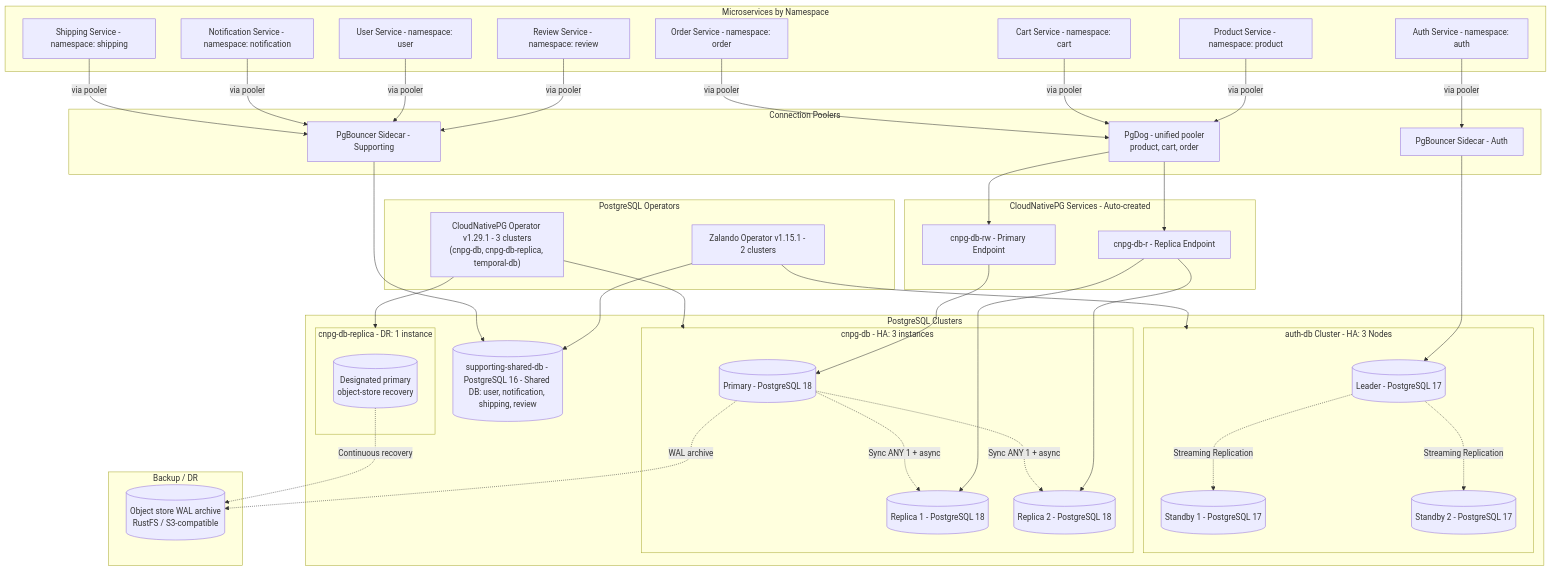
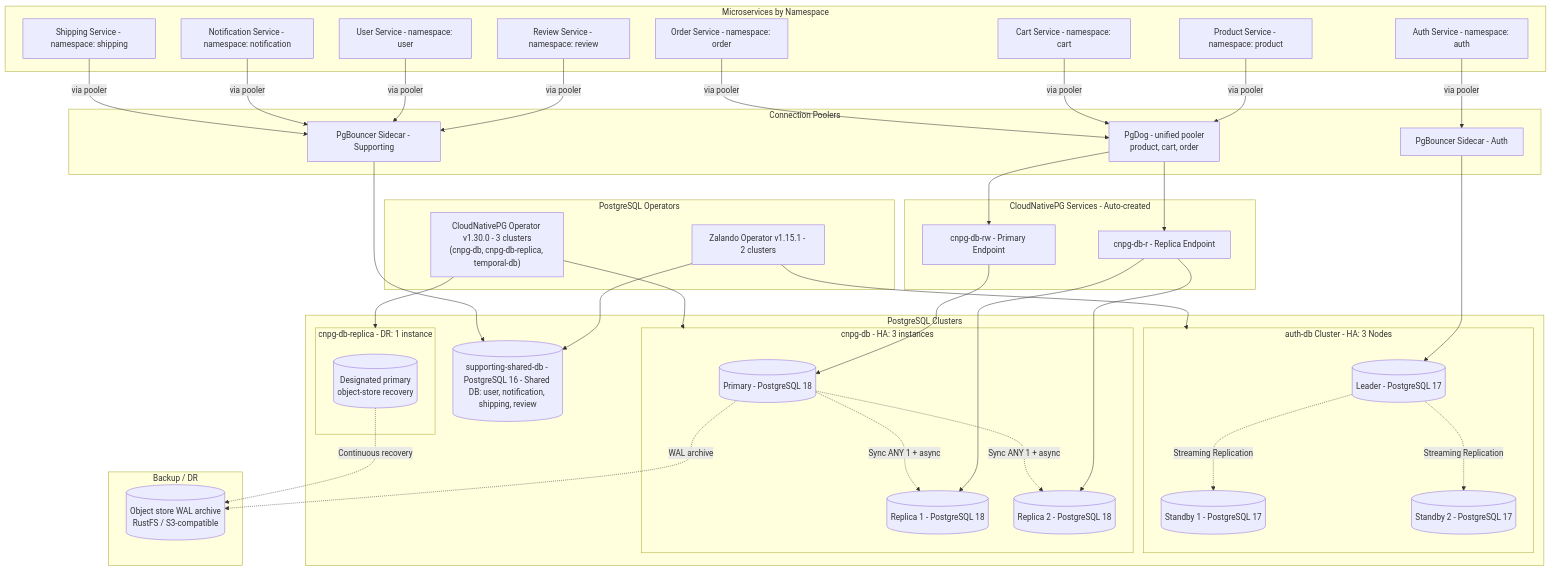
The first of 3 diagrams in docs/databases/002-database-integration.md (duynhlab/homelab), drawn with Mermaid before and after one commit. The commit also changed other lines of this file and 8 other files, not shown here.

First line of the commit message:
Bump CloudNativePG operator to 1.30.0 (RFC-0012 P0) (#460)

````diff
--- a/docs/databases/002-database-integration.md
+++ b/docs/databases/002-database-integration.md
@@ -32,82 +32,82 @@
 ```mermaid
 flowchart TB
     subgraph Operators["PostgreSQL Operators"]
         Zalando["Zalando Operator v1.15.1 - 2 clusters"]
-        CloudNativePG["CloudNativePG Operator v1.29.1 - 3 clusters<br/>(cnpg-db, cnpg-db-replica, temporal-db)"]
+        CloudNativePG["CloudNativePG Operator v1.30.0 - 3 clusters<br/>(cnpg-db, cnpg-db-replica, temporal-db)"]
     end
     
     subgraph Services["Microservices by Namespace"]
         AuthSvc["Auth Service - namespace: auth"]
         ProductSvc["Product Service - namespace: product"]
         CartSvc["Cart Service - namespace: cart"]
         OrderSvc["Order Service - namespace: order"]
         ReviewSvc["Review Service - namespace: review"]
         UserSvc["User Service - namespace: user"]
         NotificationSvc["Notification Service - namespace: notification"]
         ShippingSvc["Shipping Service - namespace: shipping"]
     end
     
     subgraph Poolers["Connection Poolers"]
         PgBouncerAuth["PgBouncer Sidecar - Auth"]
         PgBouncerSupporting["PgBouncer Sidecar - Supporting"]
         PgDogCNPG["PgDog - unified pooler<br/>product, cart, order"]
     end
     
     subgraph Clusters["PostgreSQL Clusters"]
         subgraph AuthDBCluster["auth-db Cluster - HA: 3 Nodes"]
             AuthLeader[("Leader - PostgreSQL 17")]
             AuthStandby1[("Standby 1 - PostgreSQL 17")]
             AuthStandby2[("Standby 2 - PostgreSQL 17")]
         end
         
         subgraph CnpgPrimary["cnpg-db - HA: 3 instances"]
             CnpgPrimaryNode[("Primary - PostgreSQL 18")]
             CnpgReplica1[("Replica 1 - PostgreSQL 18")]
             CnpgReplica2[("Replica 2 - PostgreSQL 18")]
         end
         
         subgraph CnpgDR["cnpg-db-replica - DR: 1 instance"]
             CnpgDRNode[("Designated primary<br/>object-store recovery")]
         end
         
         SupportingDB[("supporting-shared-db - PostgreSQL 16 - Shared DB: user, notification, shipping, review")]
     end
     
     subgraph ObjectStore["Backup / DR"]
         RustFS[("Object store WAL archive<br/>RustFS / S3-compatible")]
     end
     
     subgraph CloudNativePGSvc["CloudNativePG Services - Auto-created"]
         CnpgRW["cnpg-db-rw - Primary Endpoint"]
         CnpgR["cnpg-db-r - Replica Endpoint"]
     end
     
     Zalando --> AuthDBCluster
     Zalando --> SupportingDB
     CloudNativePG --> CnpgPrimary
     CloudNativePG --> CnpgDR
     
     CnpgRW --> CnpgPrimaryNode
     CnpgR --> CnpgReplica1
     CnpgR --> CnpgReplica2
     
     AuthSvc -->|via pooler| PgBouncerAuth
     PgBouncerAuth --> AuthLeader
     ProductSvc -->|via pooler| PgDogCNPG
     CartSvc -->|via pooler| PgDogCNPG
     OrderSvc -->|via pooler| PgDogCNPG
     PgDogCNPG --> CnpgRW
     PgDogCNPG --> CnpgR
     ReviewSvc -->|via pooler| PgBouncerSupporting
     UserSvc -->|via pooler| PgBouncerSupporting
     NotificationSvc -->|via pooler| PgBouncerSupporting
     ShippingSvc -->|via pooler| PgBouncerSupporting
     PgBouncerSupporting --> SupportingDB
     
     AuthLeader -.->|Streaming Replication| AuthStandby1
     AuthLeader -.->|Streaming Replication| AuthStandby2
     CnpgPrimaryNode -.->|Sync ANY 1 + async| CnpgReplica1
     CnpgPrimaryNode -.->|Sync ANY 1 + async| CnpgReplica2
     CnpgPrimaryNode -.->|WAL archive| RustFS
     CnpgDRNode -.->|Continuous recovery| RustFS
 ```
````
